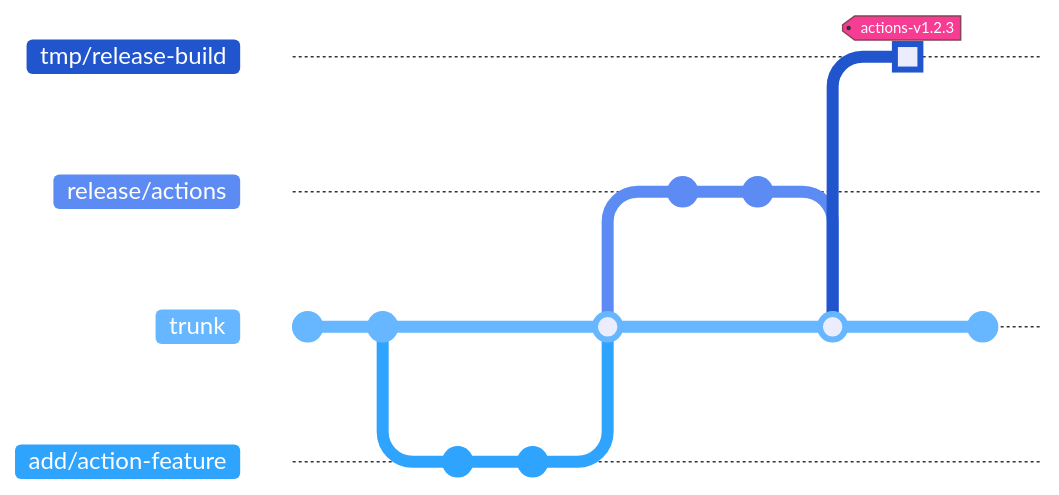
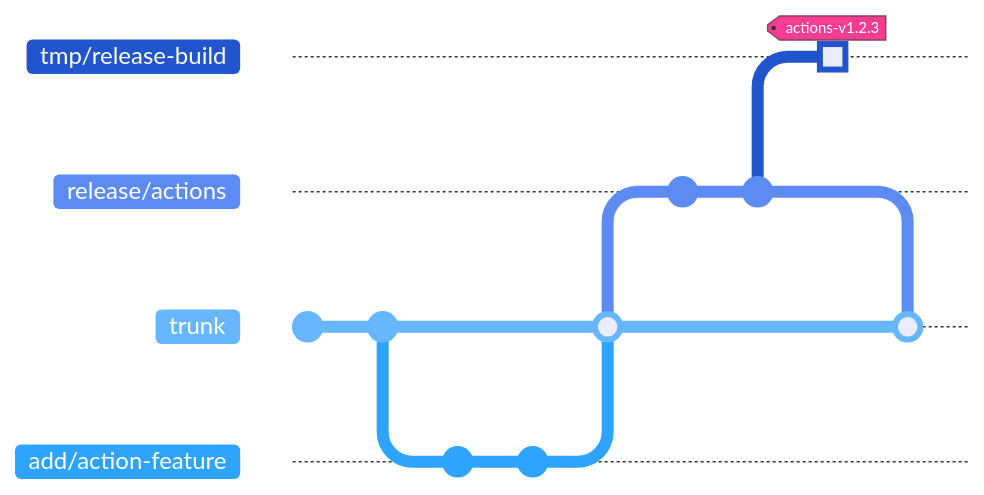
The diagram in packages/js/github-actions/README.md (woocommerce/grow), drawn with Mermaid before and after one commit. The commit also changed other lines of this file and 1 other file, not shown here. Commit ids are hidden.

Commit message:
Update docs for get-release-notes action

````diff
--- a/packages/js/github-actions/README.md
+++ b/packages/js/github-actions/README.md
@@ -61,43 +62,42 @@
 ```mermaid
 %%{
   init: {
     "gitGraph": {
       "mainBranchName": "trunk",
       "mainBranchOrder": 2
     },
     "themeVariables": {
       "git0": "#2155CD",
       "git1": "#5D8BF4",
       "git2": "#66B7FF",
       "git3": "#2FA4FF",
       "gitBranchLabel0": "#FFFFFF",
       "gitBranchLabel1": "#FFFFFF",
       "gitBranchLabel2": "#FFFFFF",
       "gitBranchLabel3": "#FFFFFF",
       "tagLabelBorder": "#874356",
       "tagLabelBackground": "#F73D93",
       "tagLabelColor": "#FFFFFF",
       "commitLabelBackground": "#DFDFDE",
       "gitInv0": "#2155CD"
     }
   }
 }%%
 
 gitGraph
   commit
   commit
   branch add/action-feature order: 3
   commit
   commit
   checkout trunk
   merge add/action-feature
   branch release/actions order: 1
   commit id: "Changelog"
   commit id: "Bump version"
-  checkout trunk
-  merge release/actions
   branch tmp/release-build order: 0
   commit id: "Release build" type: HIGHLIGHT tag: "actions-v1.2.3"
   checkout trunk
-  commit
+  merge release/actions
+
 ```
````
